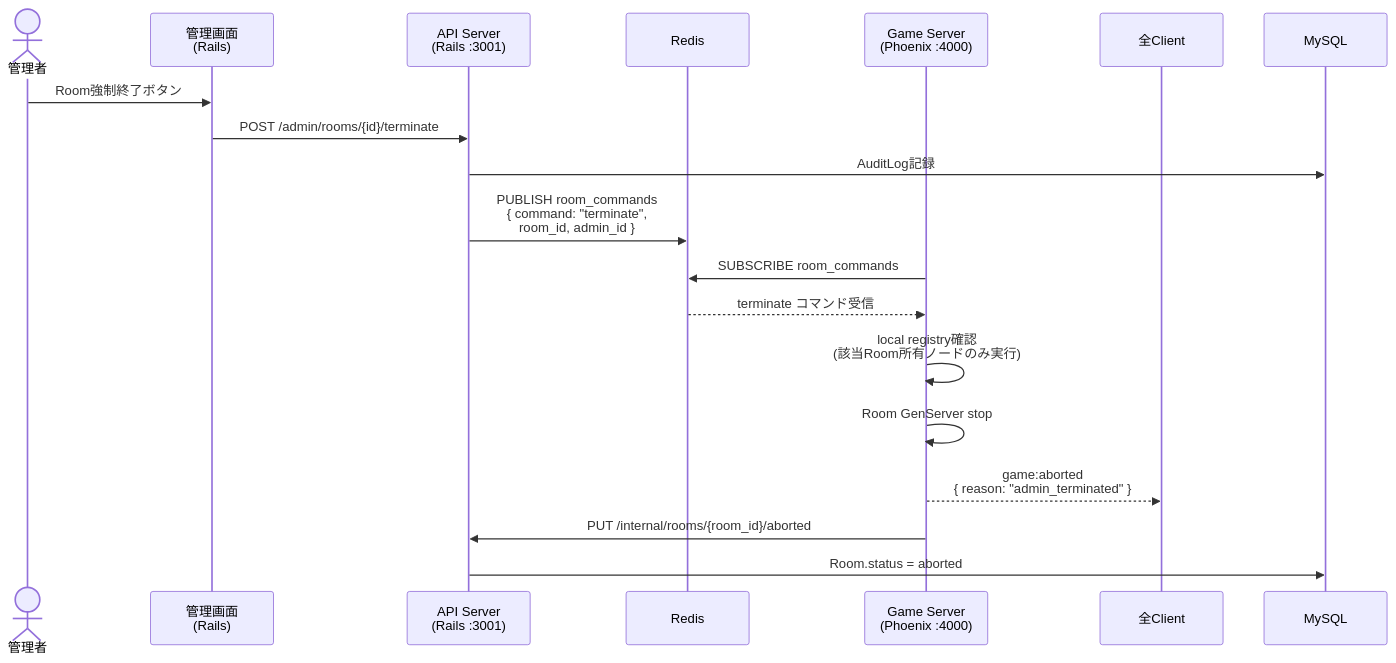
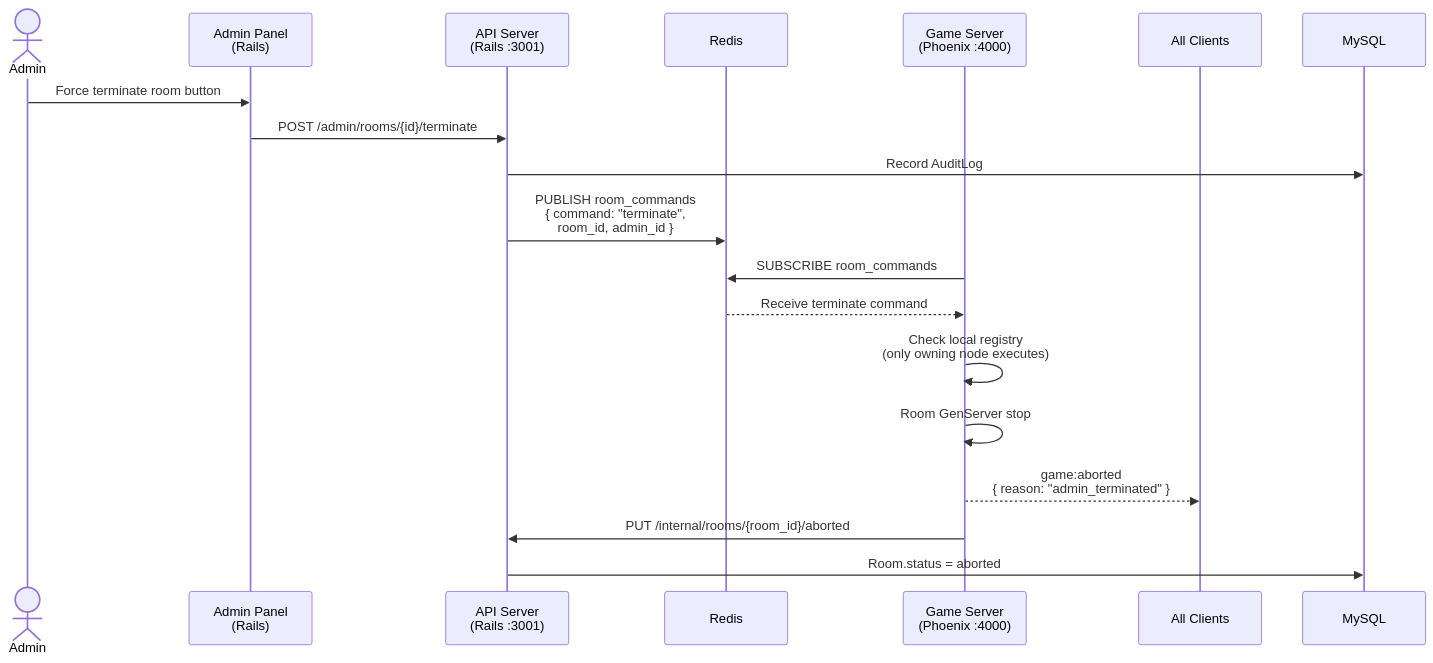
Before and after one commit to naokirin/room-based-multiplayer-poc: the seventh of 8 diagrams in docs/sequences.md, drawn with Mermaid. The commit also changed other lines of this file and 3 other files, not shown here.

````diff
--- a/docs/sequences.md
+++ b/docs/sequences.md
@@ -221,25 +221,25 @@
 ```mermaid
 sequenceDiagram
-    actor Admin as 管理者
-    participant AdminUI as 管理画面<br/>(Rails)
+    actor Admin as Admin
+    participant AdminUI as Admin Panel<br/>(Rails)
     participant API as API Server<br/>(Rails :3001)
     participant Redis as Redis
     participant Game as Game Server<br/>(Phoenix :4000)
-    participant Clients as 全Client
+    participant Clients as All Clients
     participant DB as MySQL
 
-    Admin->>AdminUI: Room強制終了ボタン
+    Admin->>AdminUI: Force terminate room button
     AdminUI->>API: POST /admin/rooms/{id}/terminate
-    API->>DB: AuditLog記録
+    API->>DB: Record AuditLog
     API->>Redis: PUBLISH room_commands<br/>{ command: "terminate",<br/>room_id, admin_id }
 
     Game->>Redis: SUBSCRIBE room_commands
-    Redis-->>Game: terminate コマンド受信
+    Redis-->>Game: Receive terminate command
 
-    Game->>Game: local registry確認<br/>(該当Room所有ノードのみ実行)
+    Game->>Game: Check local registry<br/>(only owning node executes)
     Game->>Game: Room GenServer stop
 
     Game-->>Clients: game:aborted<br/>{ reason: "admin_terminated" }
     Game->>API: PUT /internal/rooms/{room_id}/aborted
     API->>DB: Room.status = aborted
 ```
````
